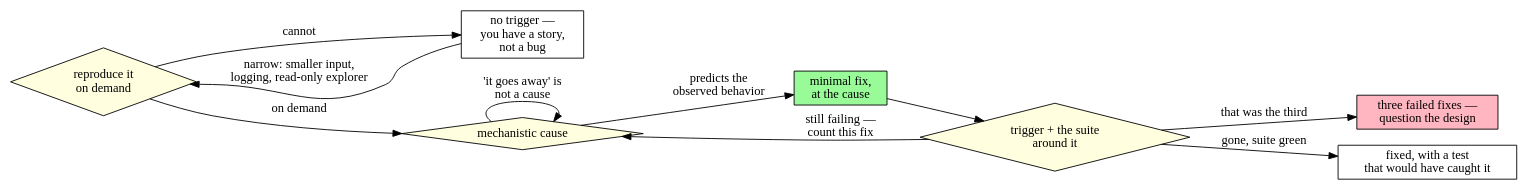
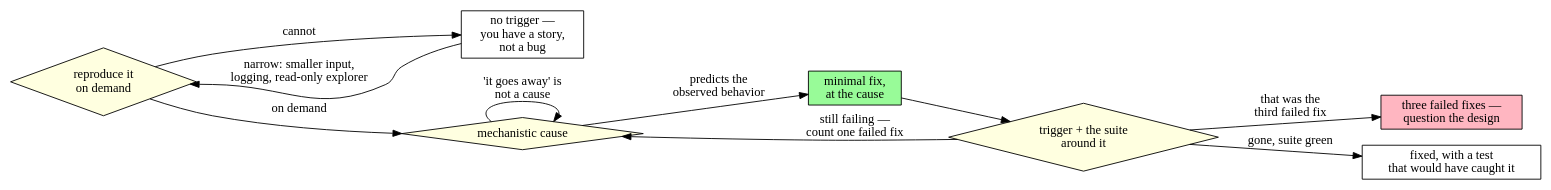
The diagram in skills/systematic-debugging/SKILL.md (sauyon/drovr), drawn with Graphviz before and after one commit. The commit also changed other lines of this file and 2 other files, not shown here.

````diff
--- a/skills/systematic-debugging/SKILL.md
+++ b/skills/systematic-debugging/SKILL.md
@@ -94,24 +101,26 @@
 ```dot
 digraph debugging_loop {
   rankdir=LR;
   node [shape=box, style=filled, fillcolor=white];
 
   repro  [label="reproduce it\non demand", shape=diamond, fillcolor=lightyellow];
   story  [label="no trigger —\nyou have a story,\nnot a bug"];
   cause  [label="mechanistic cause", shape=diamond, fillcolor=lightyellow];
   fix    [label="minimal fix,\nat the cause", fillcolor=palegreen];
   verify [label="trigger + the suite\naround it", shape=diamond, fillcolor=lightyellow];
   stop   [label="three failed fixes —\nquestion the design", fillcolor=lightpink];
+  // "failed fix" is procedure step 6's unit: a change made, run, and seen to
+  // leave the failure in place.
   done   [label="fixed, with a test\nthat would have caught it"];
 
   repro  -> story  [label="cannot"];
   story  -> repro  [label="narrow: smaller input,\nlogging, read-only explorer"];
   repro  -> cause  [label="on demand"];
   cause  -> cause  [label="'it goes away' is\nnot a cause"];
   cause  -> fix    [label="predicts the\nobserved behavior"];
   fix    -> verify;
   verify -> done   [label="gone, suite green"];
-  verify -> cause  [label="still failing —\ncount this fix"];
-  verify -> stop   [label="that was the third"];
+  verify -> cause  [label="still failing —\ncount one failed fix"];
+  verify -> stop   [label="that was the\nthird failed fix"];
 }
 ```
````
